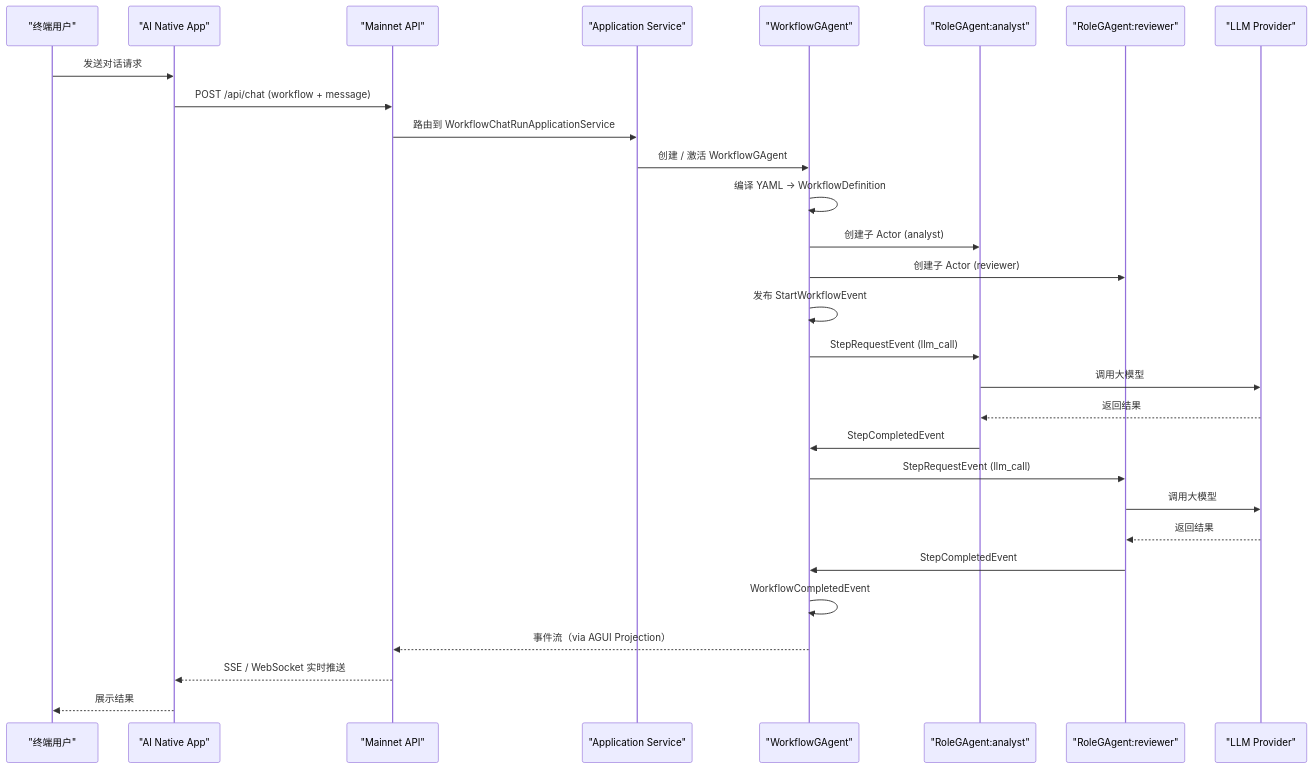
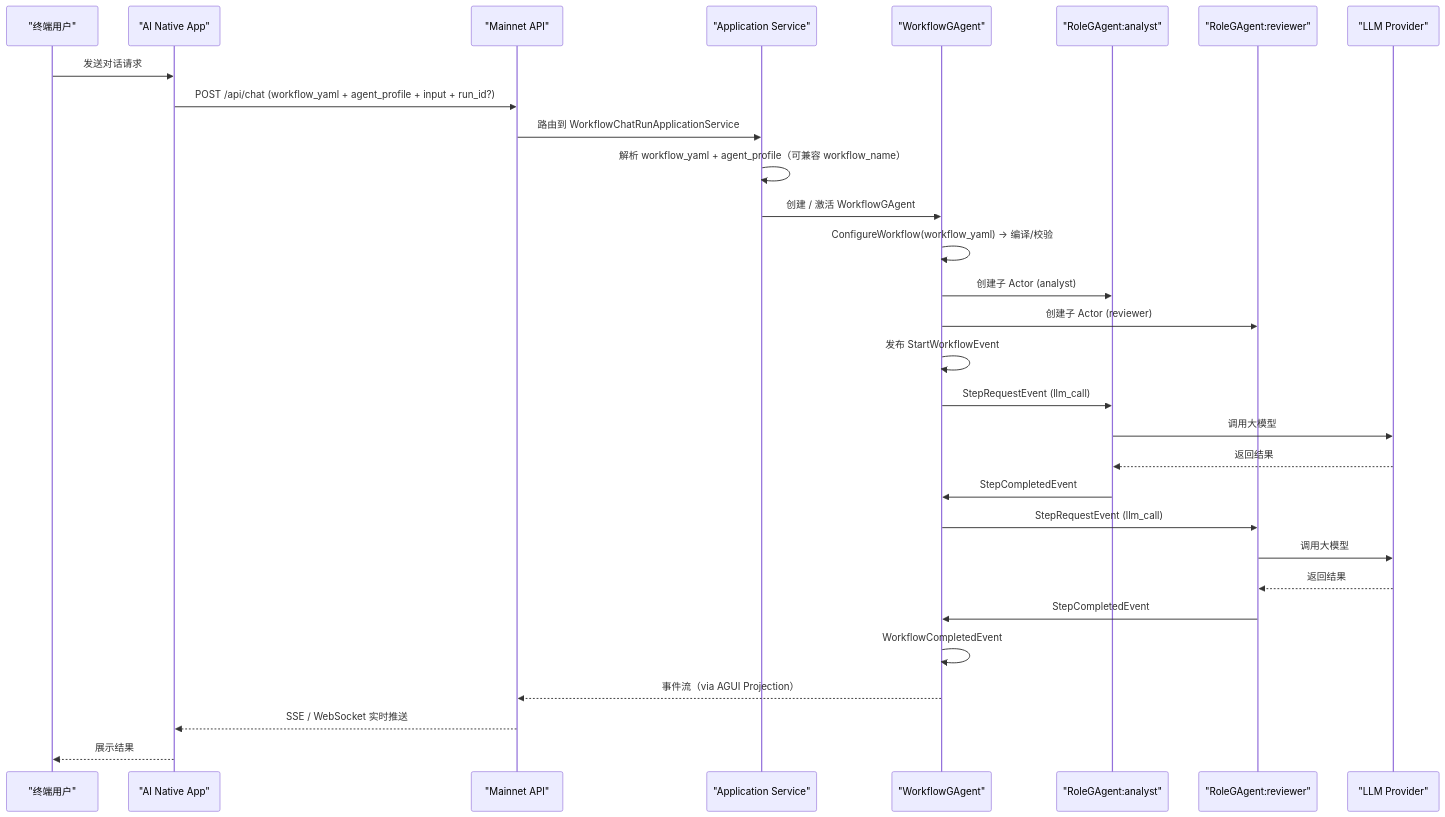
One commit to aevatarAI/aevatar changed the fourth of 19 diagrams in docs/architecture/AEVATAR_MAINNET_ARCHITECTURE.md. Above: the diagram before and after it, drawn with Mermaid. The commit also changed other lines of this file, not shown here.

Commit message:
update architecture doc

````diff
--- a/docs/architecture/AEVATAR_MAINNET_ARCHITECTURE.md
+++ b/docs/architecture/AEVATAR_MAINNET_ARCHITECTURE.md
@@ -189,33 +210,34 @@
 ```mermaid
 %%{init: {"maxTextSize": 100000, "sequence": {"useMaxWidth": false}, "themeVariables": {"fontSize": "10px"}}}%%
 sequenceDiagram
     participant User as "终端用户"
     participant App as "AI Native App"
     participant API as "Mainnet API"
     participant AppSvc as "Application Service"
     participant WFAgent as "WorkflowGAgent"
     participant Role1 as "RoleGAgent:analyst"
     participant Role2 as "RoleGAgent:reviewer"
     participant LLM as "LLM Provider"
 
     User->>App: 发送对话请求
-    App->>API: POST /api/chat (workflow + message)
+    App->>API: POST /api/chat (workflow_yaml + agent_profile + input + run_id?)
     API->>AppSvc: 路由到 WorkflowChatRunApplicationService
+    AppSvc->>AppSvc: 解析 workflow_yaml + agent_profile（可兼容 workflow_name）
     AppSvc->>WFAgent: 创建 / 激活 WorkflowGAgent
-    WFAgent->>WFAgent: 编译 YAML → WorkflowDefinition
+    WFAgent->>WFAgent: ConfigureWorkflow(workflow_yaml) → 编译/校验
     WFAgent->>Role1: 创建子 Actor (analyst)
     WFAgent->>Role2: 创建子 Actor (reviewer)
     WFAgent->>WFAgent: 发布 StartWorkflowEvent
     WFAgent->>Role1: StepRequestEvent (llm_call)
     Role1->>LLM: 调用大模型
     LLM-->>Role1: 返回结果
     Role1->>WFAgent: StepCompletedEvent
     WFAgent->>Role2: StepRequestEvent (llm_call)
     Role2->>LLM: 调用大模型
     LLM-->>Role2: 返回结果
     Role2->>WFAgent: StepCompletedEvent
     WFAgent->>WFAgent: WorkflowCompletedEvent
     WFAgent-->>API: 事件流（via AGUI Projection）
     API-->>App: SSE / WebSocket 实时推送
     App-->>User: 展示结果
 ```
````
